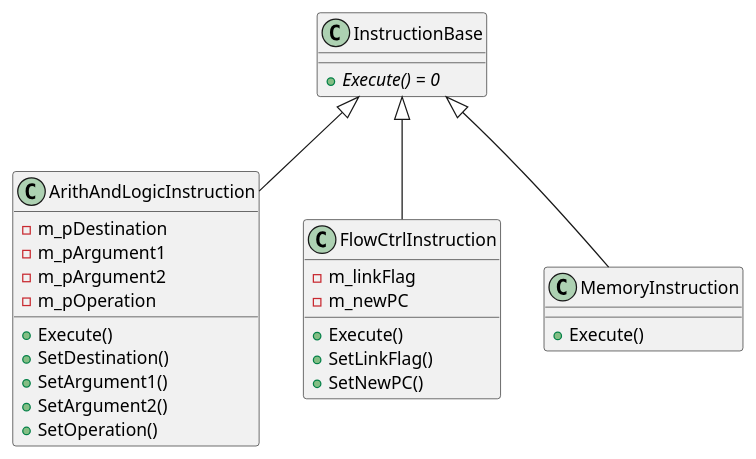
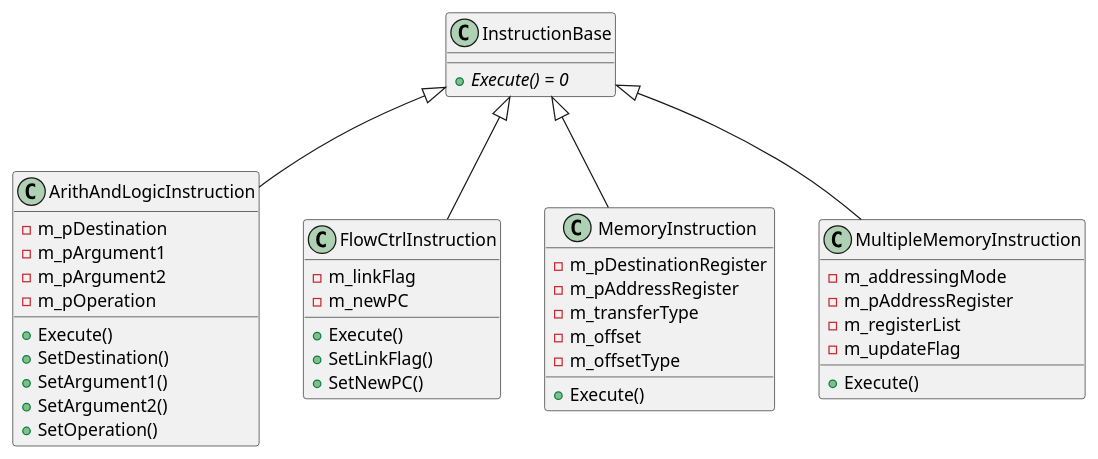
One commit to KaravolisL/ARM-ISA-Simulator changed the third of 3 diagrams in docs/Instruction_Execution.md. Above: the diagram before and after it, drawn with PlantUML. The commit also changed other lines of this file and 32 other files, not shown here.

First line of the commit message:
Multiple Memory Instructions (#90)

````diff
--- a/docs/Instruction_Execution.md
+++ b/docs/Instruction_Execution.md
@@ -86,41 +88,56 @@
 ```plantuml
 @startuml
 
 class InstructionBase
 {
     {abstract} + Execute() = 0
 }
 
 class ArithAndLogicInstruction
 {
     - m_pDestination
     - m_pArgument1
     - m_pArgument2
     - m_pOperation
     + Execute()
     + SetDestination()
     + SetArgument1()
     + SetArgument2()
     + SetOperation()
 }
 
 class FlowCtrlInstruction
 {
     - m_linkFlag
     - m_newPC
     + Execute()
     + SetLinkFlag()
     + SetNewPC()
 }
 
 class MemoryInstruction
 {
+    - m_pDestinationRegister
+    - m_pAddressRegister
+    - m_transferType
+    - m_offset
+    - m_offsetType
+    + Execute()
+}
+
+class MultipleMemoryInstruction
+{
+    - m_addressingMode
+    - m_pAddressRegister
+    - m_registerList
+    - m_updateFlag
     + Execute()
 }
 
 InstructionBase <|-- ArithAndLogicInstruction
 InstructionBase <|-- FlowCtrlInstruction
 InstructionBase <|-- MemoryInstruction
+InstructionBase <|-- MultipleMemoryInstruction
 
 @enduml
 ```
````
